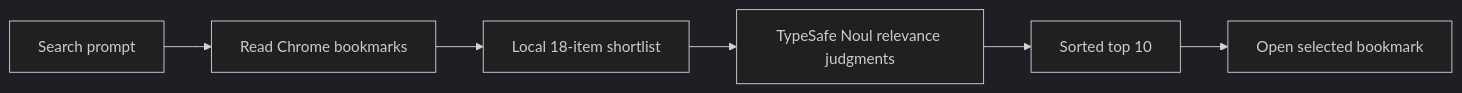
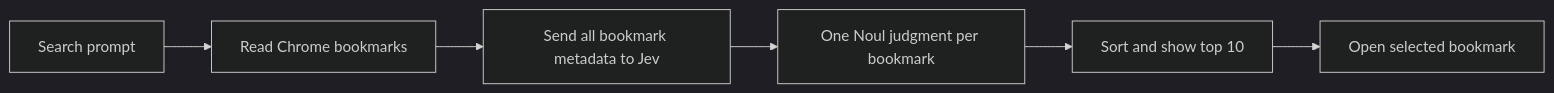
The diagram in README.md (narumiruna/chrome-bookmark-reranking), drawn with Mermaid (dark theme) before and after one commit. The commit also changed other lines of this file and 14 other files, not shown here.

````diff
--- a/README.md
+++ b/README.md
@@ -9,8 +9,8 @@
 ```mermaid
 flowchart LR
   A[Search prompt] --> B[Read Chrome bookmarks]
-  B --> C[Local 18-item shortlist]
-  C --> D[TypeSafe Noul relevance judgments]
-  D --> E[Sorted top 10]
+  B --> C[Send all bookmark metadata to Jev]
+  C --> D[One Noul judgment per bookmark]
+  D --> E[Sort and show top 10]
   E --> F[Open selected bookmark]
 ```
````
